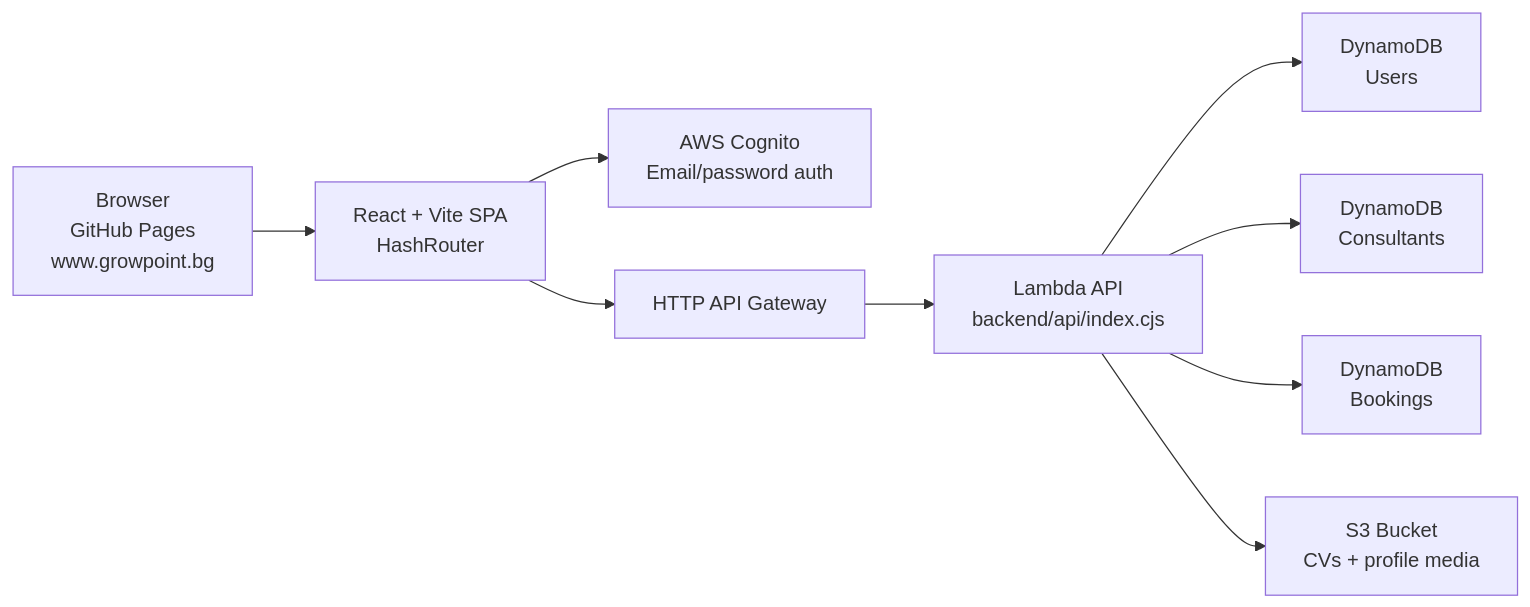
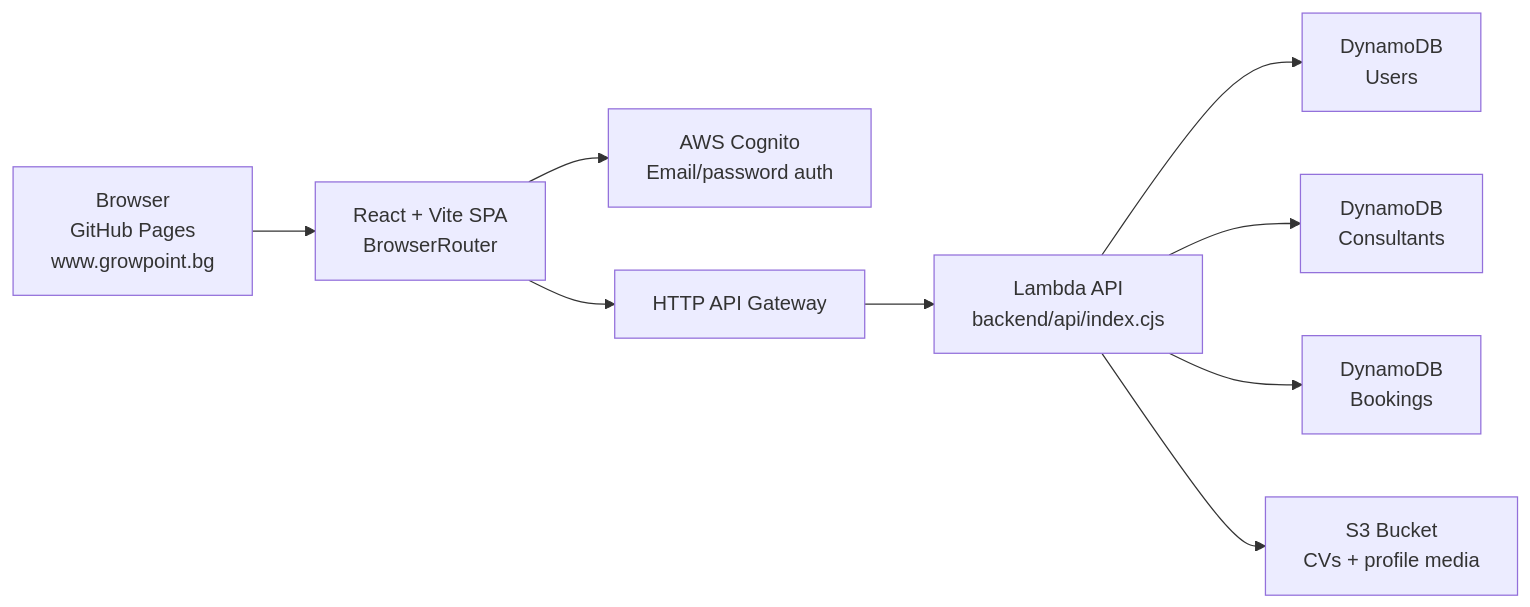
The diagram in README.md (Bobsnadenica/growpoint.bg), drawn with Mermaid before and after one commit. The commit also changed other lines of this file and 38 other files, not shown here.

````diff
--- a/README.md
+++ b/README.md
@@ -18,11 +18,11 @@
 ```mermaid
 flowchart LR
-    U["Browser<br/>GitHub Pages<br/>www.growpoint.bg"] --> F["React + Vite SPA<br/>HashRouter"]
+    U["Browser<br/>GitHub Pages<br/>www.growpoint.bg"] --> F["React + Vite SPA<br/>BrowserRouter"]
     F --> C["AWS Cognito<br/>Email/password auth"]
     F --> A["HTTP API Gateway"]
     A --> L["Lambda API<br/>backend/api/index.cjs"]
     L --> D1["DynamoDB<br/>Users"]
     L --> D2["DynamoDB<br/>Consultants"]
     L --> D3["DynamoDB<br/>Bookings"]
     L --> S["S3 Bucket<br/>CVs + profile media"]
 ```
````
